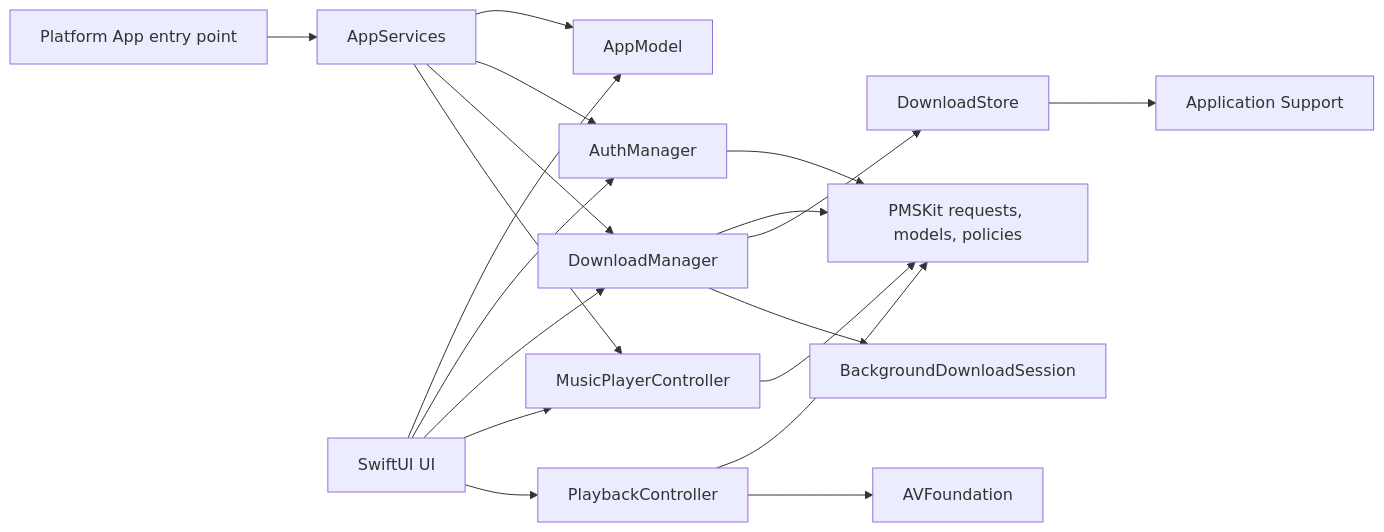
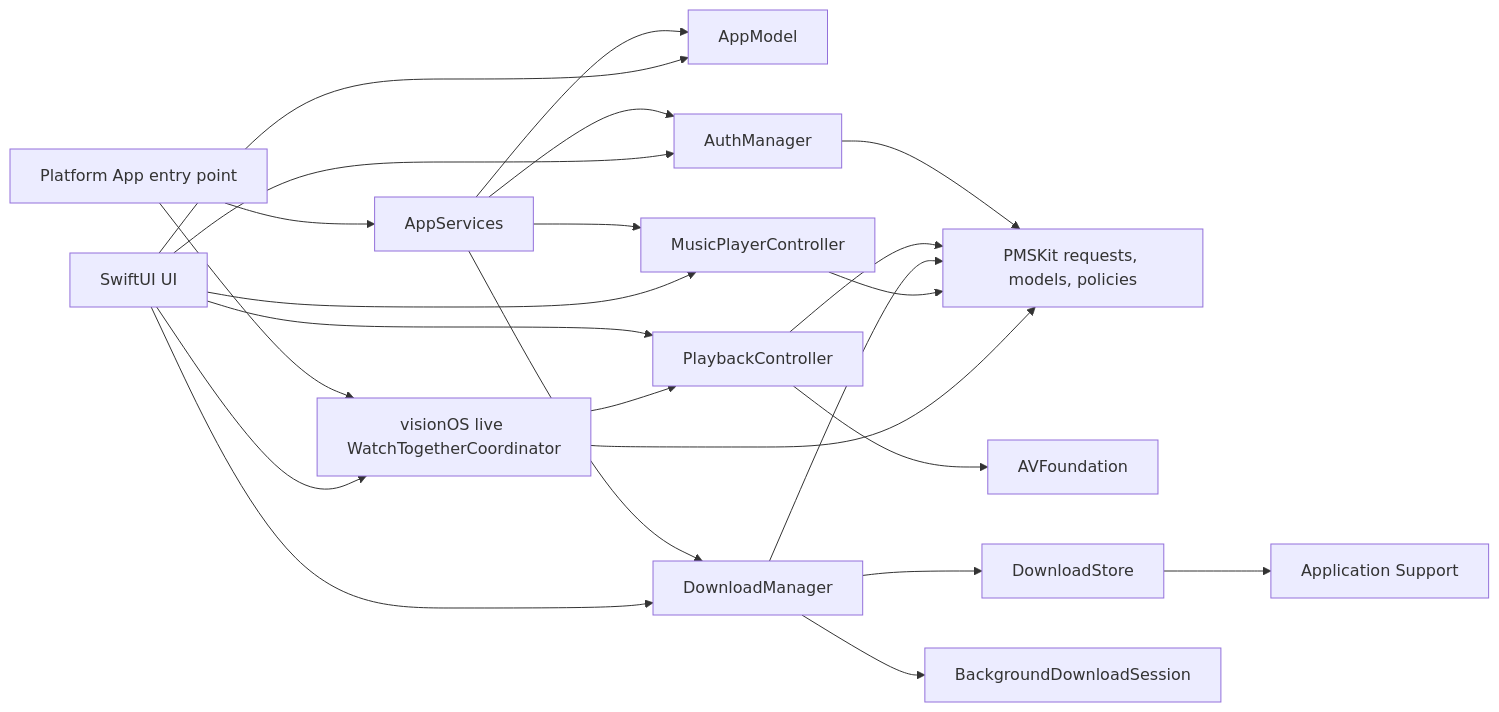
The diagram in docs/ARCHITECTURE.md (jlipworth/Labstream), drawn with Mermaid before and after one commit. The commit also changed other lines of this file and 13 other files, not shown here.

````diff
--- a/docs/ARCHITECTURE.md
+++ b/docs/ARCHITECTURE.md
@@ -9,24 +9,28 @@
 ```mermaid
 flowchart LR
   Entry[Platform App entry point] --> Services[AppServices]
   Services --> Model[AppModel]
   Services --> Auth[AuthManager]
   Services --> Downloads[DownloadManager]
   Services --> Music[MusicPlayerController]
+  Entry --> SharePlay[visionOS live WatchTogetherCoordinator]
 
   UI[SwiftUI UI] --> Model
   UI --> Auth
   UI --> Downloads
   UI --> Music
   UI --> Player[PlaybackController]
+  UI --> SharePlay
+  SharePlay --> Player
 
   Auth --> PMSKit[PMSKit requests, models, policies]
   Player --> PMSKit
   Downloads --> PMSKit
   Music --> PMSKit
+  SharePlay --> PMSKit
 
   Player --> AV[AVFoundation]
   Downloads --> Store[DownloadStore]
   Downloads --> BG[BackgroundDownloadSession]
   Store --> Files[Application Support]
 ```
````
